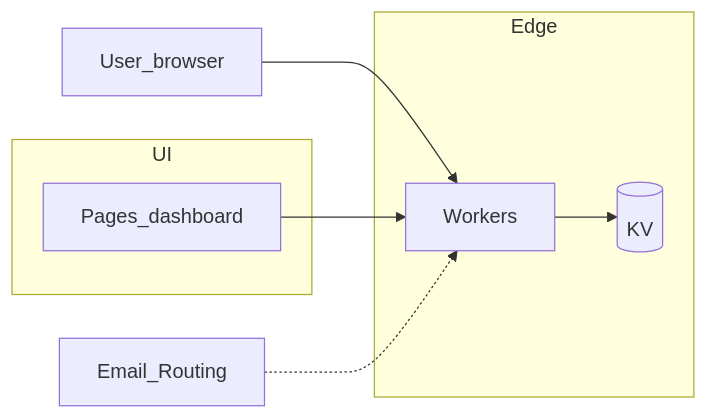
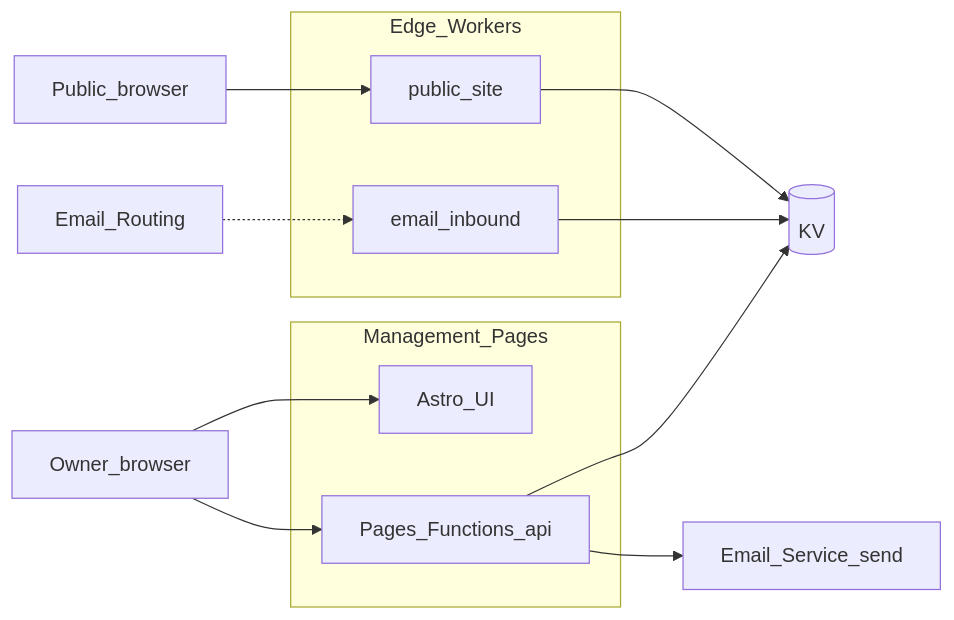
Before and after one commit to joshmcarthur/is-in: the diagram in README.md, drawn with Mermaid. The commit also changed other lines of this file, not shown here.

````diff
--- a/README.md
+++ b/README.md
@@ -48,14 +47,21 @@
 ```mermaid
 flowchart LR
-  subgraph edge [Edge]
-    Worker[Workers]
-    KV[(KV)]
+  subgraph mgmt [Management_Pages]
+    Astro[Astro_UI]
+    Fn[Pages_Functions_api]
   end
-  subgraph ui [UI]
-    Pages[Pages_dashboard]
+  subgraph edge [Edge_Workers]
+    Public[public_site]
+    Mail[email_inbound]
   end
-  User[User_browser] --> Worker
-  Pages --> Worker
-  Worker --> KV
-  Email[Email_Routing] -.-> Worker
+  KV[(KV)]
+  Send[Email_Service_send]
+  User[Owner_browser] --> Astro
+  User --> Fn
+  Visitor[Public_browser] --> Public
+  Fn --> KV
+  Fn --> Send
+  Public --> KV
+  Mail --> KV
+  ZoneMail[Email_Routing] -.-> Mail
 ```
````
